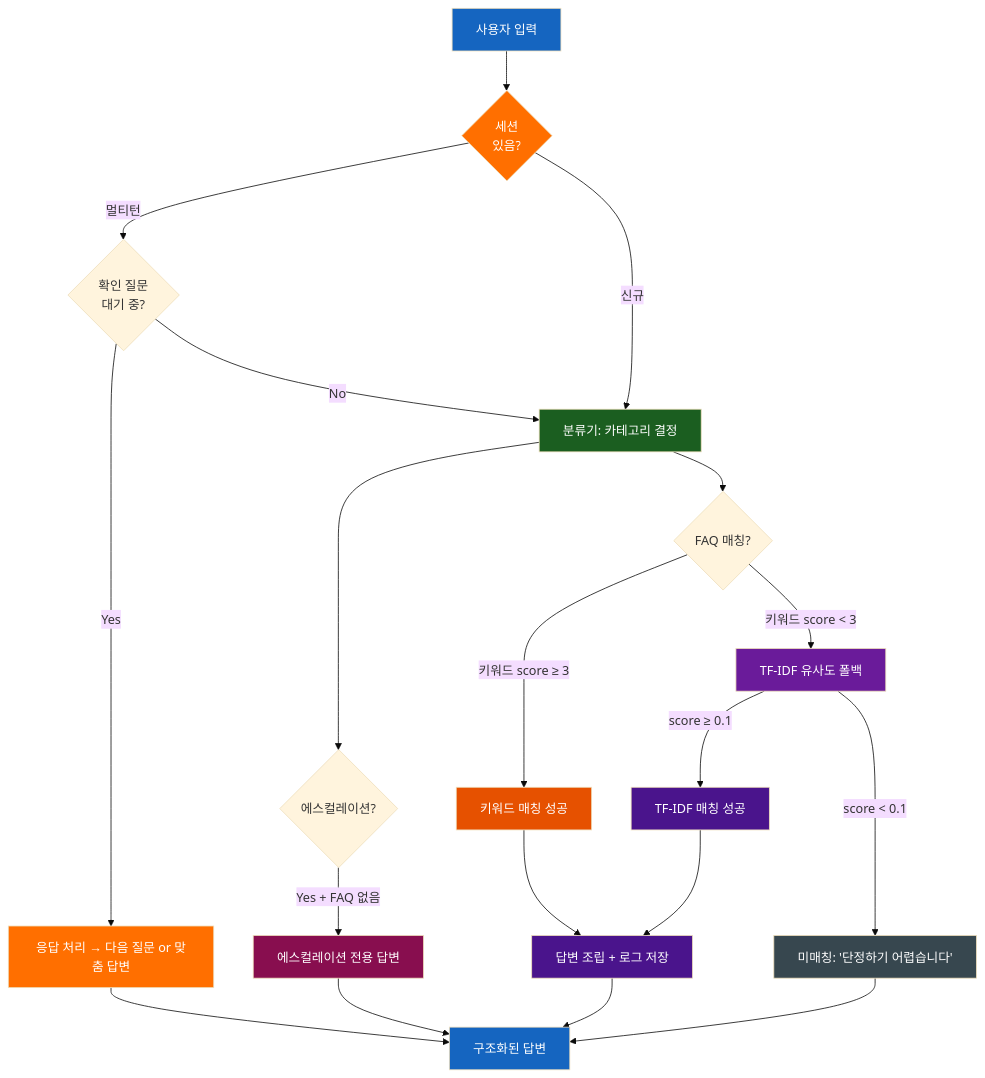
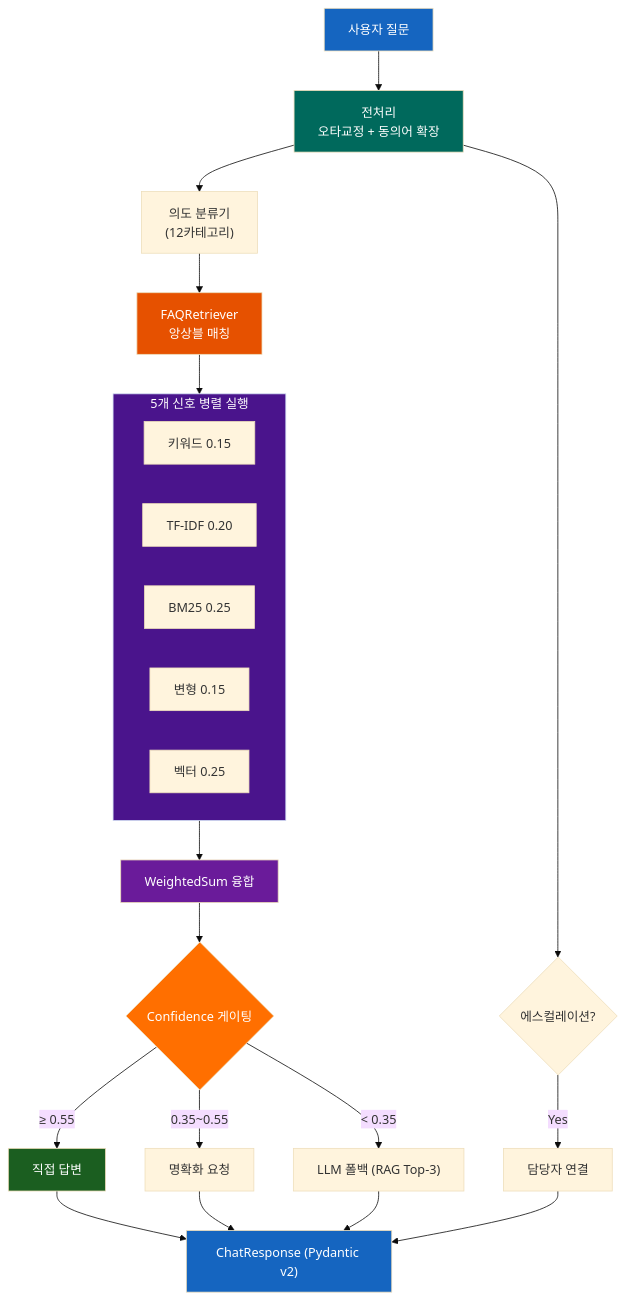
One commit to sun475300-sudo/bosebot changed the diagram in README.md. Above: the diagram before and after it, drawn with Mermaid (base theme). The commit also changed other lines of this file, not shown here.

````diff
--- a/README.md
+++ b/README.md
@@ -180,36 +209,38 @@
 ```mermaid
-flowchart TD
-    START["사용자 입력"] --> SESSION{"세션<br/>있음?"}
-    SESSION -->|"멀티턴"| PENDING{"확인 질문<br/>대기 중?"}
-    SESSION -->|"신규"| CLASSIFY["분류기: 카테고리 결정"]
-    PENDING -->|Yes| CONFIRM_RESP["응답 처리 → 다음 질문 or 맞춤 답변"]
-    PENDING -->|No| CLASSIFY
+flowchart TB
+    A["사용자 질문"] --> PRE["전처리\n오타교정 + 동의어 확장"]
+    PRE --> CLS["의도 분류기\n(12카테고리)"]
+    PRE --> ESC{"에스컬레이션?"}
+    CLS --> RET["FAQRetriever\n앙상블 매칭"]
 
-    CLASSIFY --> ESC{"에스컬레이션?"}
-    CLASSIFY --> FAQ{"FAQ 매칭?"}
+    subgraph SIG["5개 신호 병렬 실행"]
+        S1["키워드 0.15"]
+        S2["TF-IDF 0.20"]
+        S3["BM25 0.25"]
+        S4["변형 0.15"]
+        S5["벡터 0.25"]
+    end
 
-    ESC -->|Yes + FAQ 없음| ESC_ONLY["에스컬레이션 전용 답변"]
-    FAQ -->|"키워드 score ≥ 3"| KEYWORD["키워드 매칭 성공"]
-    FAQ -->|"키워드 score < 3"| TFIDF["TF-IDF 유사도 폴백"]
-    TFIDF -->|"score ≥ 0.1"| TFIDF_OK["TF-IDF 매칭 성공"]
-    TFIDF -->|"score < 0.1"| UNKNOWN["미매칭: '단정하기 어렵습니다'"]
+    RET --> SIG
+    SIG --> FUS["WeightedSum 융합"]
+    FUS --> GATE{"Confidence 게이팅"}
 
-    KEYWORD --> BUILD["답변 조립 + 로그 저장"]
-    TFIDF_OK --> BUILD
-    CONFIRM_RESP --> OUTPUT
-    BUILD --> OUTPUT["구조화된 답변"]
-    ESC_ONLY --> OUTPUT
-    UNKNOWN --> OUTPUT
+    GATE -->|"≥ 0.55"| ANS["직접 답변"]
+    GATE -->|"0.35~0.55"| CLA["명확화 요청"]
+    GATE -->|"< 0.35"| LLM["LLM 폴백 (RAG Top-3)"]
+    ESC -->|Yes| ESC_ANS["담당자 연결"]
 
-    style START fill:#1565C0,color:#fff
-    style SESSION fill:#FF6F00,color:#fff
-    style CLASSIFY fill:#1B5E20,color:#fff
-    style TFIDF fill:#6A1B9A,color:#fff
-    style TFIDF_OK fill:#4A148C,color:#fff
-    style KEYWORD fill:#E65100,color:#fff
-    style UNKNOWN fill:#37474F,color:#fff
-    style OUTPUT fill:#1565C0,color:#fff
-    style BUILD fill:#4A148C,color:#fff
-    style ESC_ONLY fill:#880E4F,color:#fff
-    style CONFIRM_RESP fill:#FF6F00,color:#fff
+    ANS --> OUT["ChatResponse (Pydantic v2)"]
+    CLA --> OUT
+    LLM --> OUT
+    ESC_ANS --> OUT
+
+    style A fill:#1565C0,color:#fff
+    style PRE fill:#00695C,color:#fff
+    style RET fill:#E65100,color:#fff
+    style SIG fill:#4A148C,color:#fff
+    style FUS fill:#6A1B9A,color:#fff
+    style GATE fill:#FF6F00,color:#fff
+    style ANS fill:#1B5E20,color:#fff
+    style OUT fill:#1565C0,color:#fff
 ```
````
